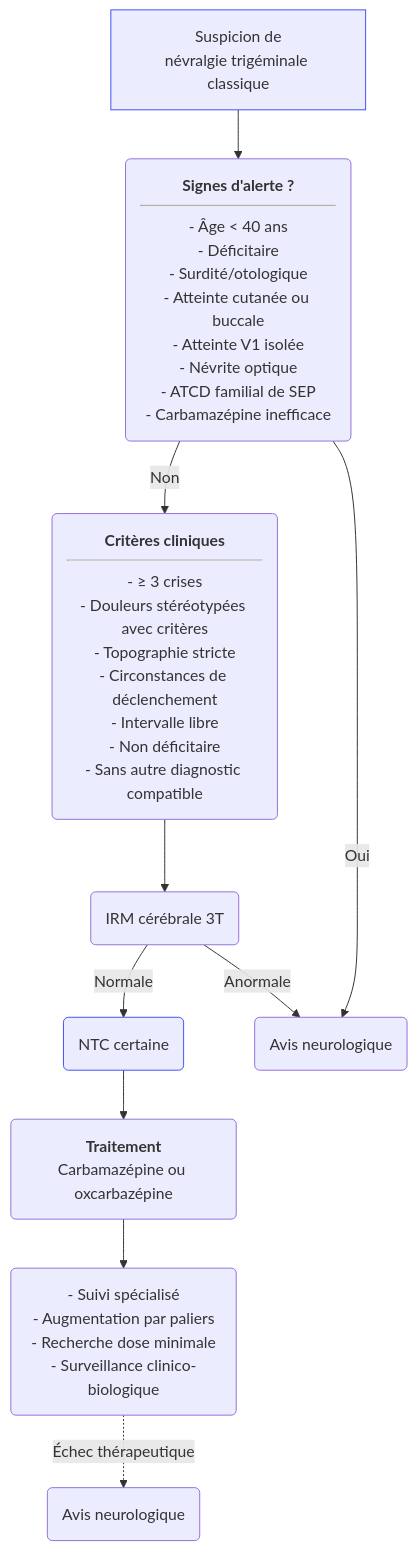
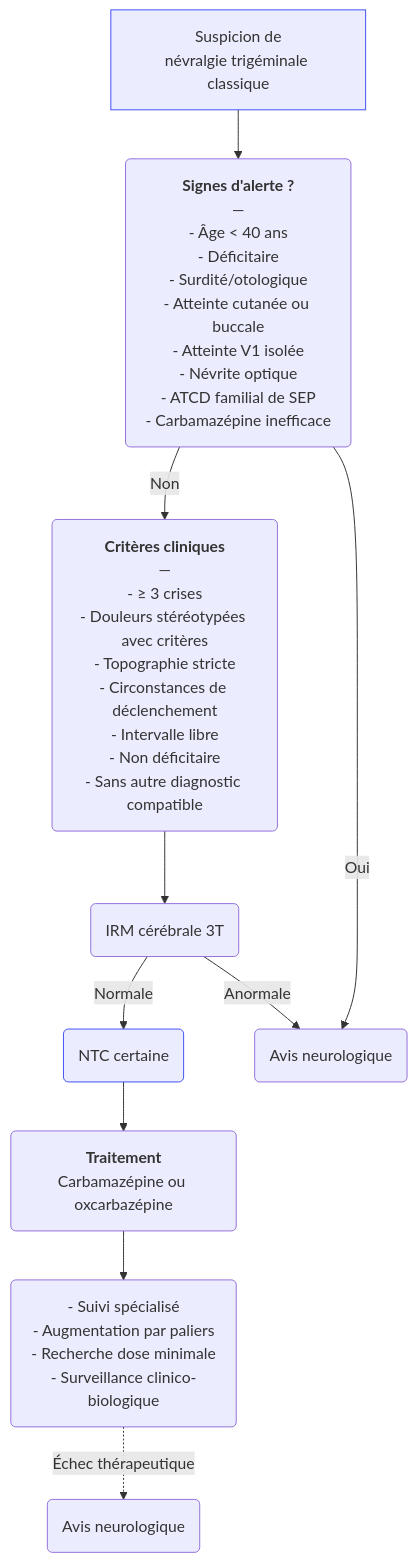
One commit to djibe/recommandations-medicales changed the diagram in content/recommandations/nevralgie-trigeminale-classique.md. Above: the diagram before and after it, drawn with Mermaid. The commit also changed 51 other files, not shown here.

```diff
--- a/content/recommandations/nevralgie-trigeminale-classique.md
+++ b/content/recommandations/nevralgie-trigeminale-classique.md
@@ -278,15 +278,14 @@
 {{< mermaid title="Conduite à tenir devant une suspicion de névralgie trigéminale classique. Dr JB Fron d'après Donnet 2018 et Bendtsen 2019" >}}
 graph TB
-  suspNtc["Suspicion de<br>névralgie trigéminale classique"] --> exclusion("<b>Signes d'alerte ?</b><hr>- Âge &lt; 40 ans<br>- Déficitaire<br>- Surdité/otologique<br>- Atteinte cutanée ou buccale<br>- Atteinte V1 isolée<br>- Névrite optique<br>- ATCD familial de SEP<br>- Carbamazépine inefficace")
+  suspNtc["Suspicion de<br>névralgie trigéminale classique"] --> exclusion("<b>Signes d'alerte ?</b><br>—<br>- Âge &lt; 40 ans<br>- Déficitaire<br>- Surdité/otologique<br>- Atteinte cutanée ou buccale<br>- Atteinte V1 isolée<br>- Névrite optique<br>- ATCD familial de SEP<br>- Carbamazépine inefficace")
   style suspNtc stroke:#4150f5, stroke-width:1px
-  exclusion -- Non --> criteres("<b>Critères cliniques</b><hr>- ≥ 3 crises<br>- Douleurs stéréotypées avec critères<br>- Topographie stricte<br>- Circonstances de déclenchement<br>- Intervalle libre<br>- Non déficitaire<br>- Sans autre diagnostic compatible")
+  exclusion -- Non --> criteres("<b>Critères cliniques</b><br>—<br>- ≥ 3 crises<br>- Douleurs stéréotypées avec critères<br>- Topographie stricte<br>- Circonstances de déclenchement<br>- Intervalle libre<br>- Non déficitaire<br>- Sans autre diagnostic compatible")
     criteres --> irm(IRM cérébrale 3T)
       irm -- Normale --> ntc(NTC certaine)
       style ntc stroke:#4150f5, stroke-width:1px
         ntc --> traitement(<b>Traitement</b><br>Carbamazépine ou oxcarbazépine)
           traitement --> escalade("- Suivi spécialisé<br>- Augmentation par paliers<br>- Recherche dose minimale<br>- Surveillance clinico-biologique")
             escalade -. Échec thérapeutique .-> echec(Avis neurologique)
       irm -- Anormale --> neuro(Avis neurologique)
   exclusion -- Oui --> neuro
-
 {{< /mermaid >}}
```
